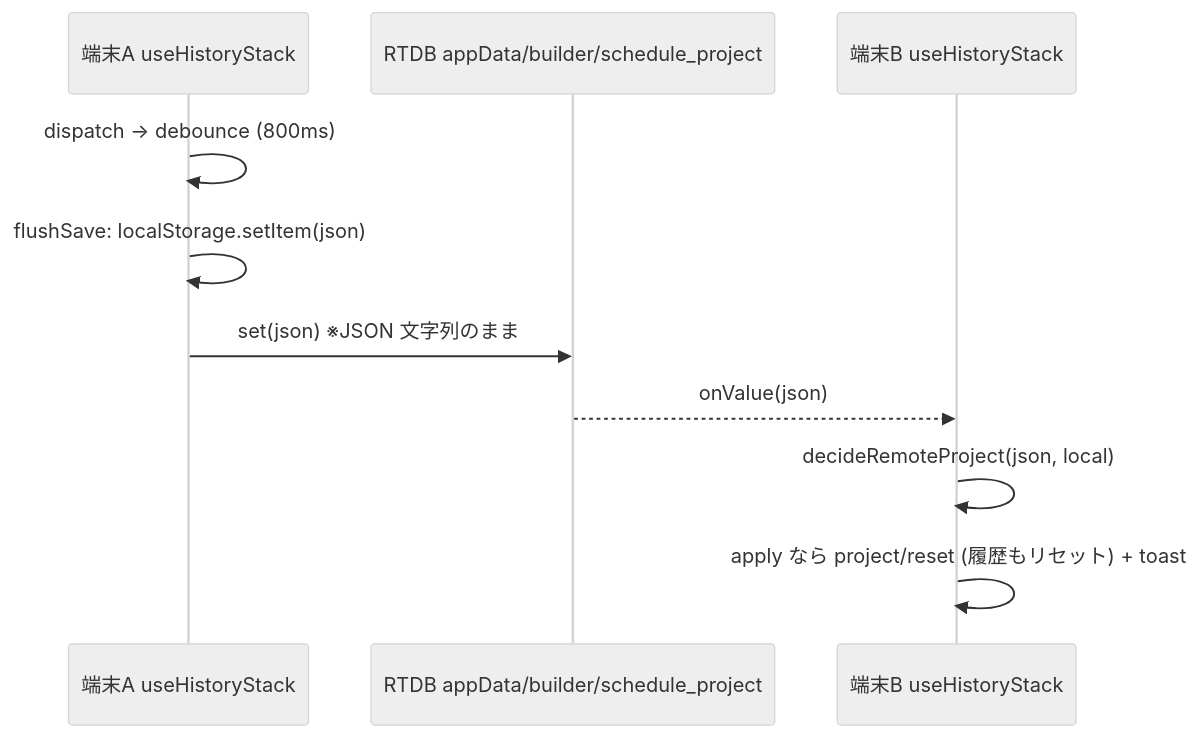
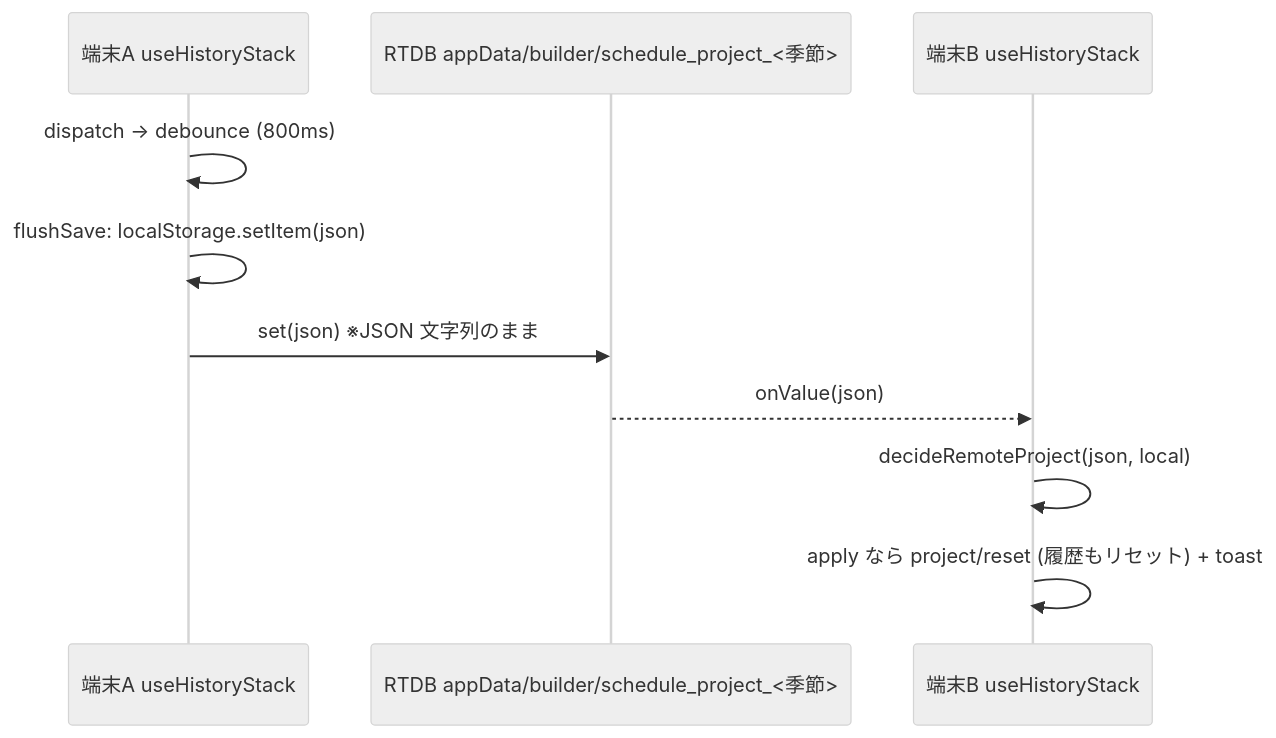
Before and after one commit to umibouzu74/genekibu-kanri: the fourth of 5 diagrams in genyakubu-manager/src/timetable-builder/docs/ARCHITECTURE.md, drawn with Mermaid (neutral theme). The commit also changed other lines of this file and 56 other files, not shown here.

````diff
--- a/genyakubu-manager/src/timetable-builder/docs/ARCHITECTURE.md
+++ b/genyakubu-manager/src/timetable-builder/docs/ARCHITECTURE.md
@@ -241,12 +244,12 @@
 ```mermaid
 sequenceDiagram
   participant A as 端末A useHistoryStack
-  participant FB as RTDB appData/builder/schedule_project
+  participant FB as RTDB appData/builder/schedule_project_<季節>
   participant B as 端末B useHistoryStack
   A->>A: dispatch → debounce (800ms)
   A->>A: flushSave: localStorage.setItem(json)
   A->>FB: set(json)  ※JSON 文字列のまま
   FB-->>B: onValue(json)
   B->>B: decideRemoteProject(json, local)
   B->>B: apply なら project/reset (履歴もリセット) + toast
 ```
````
